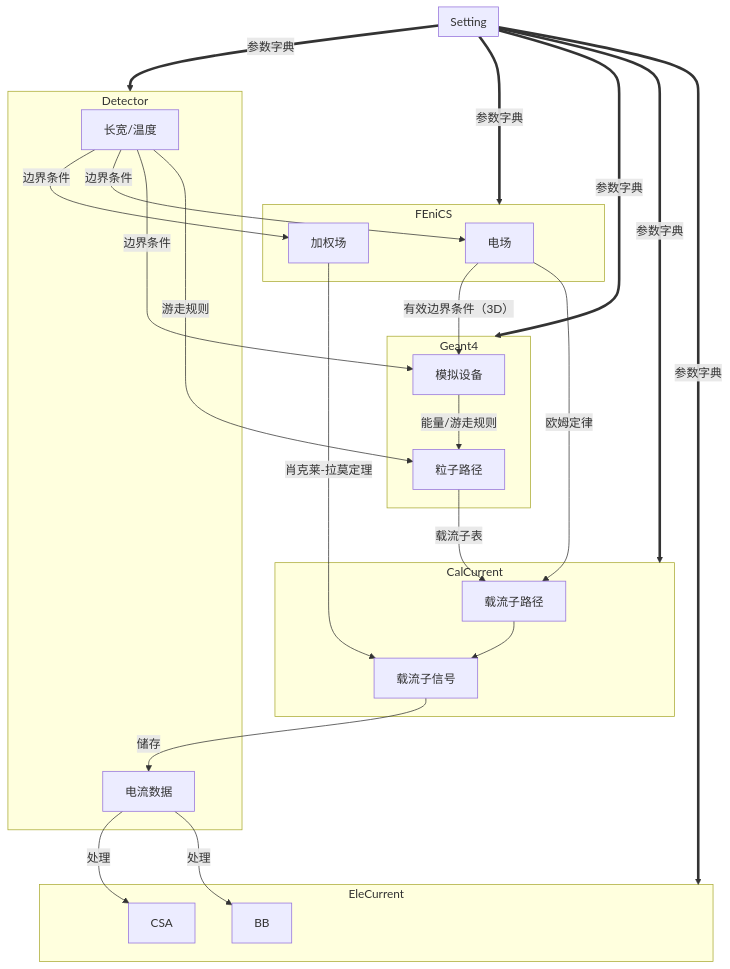
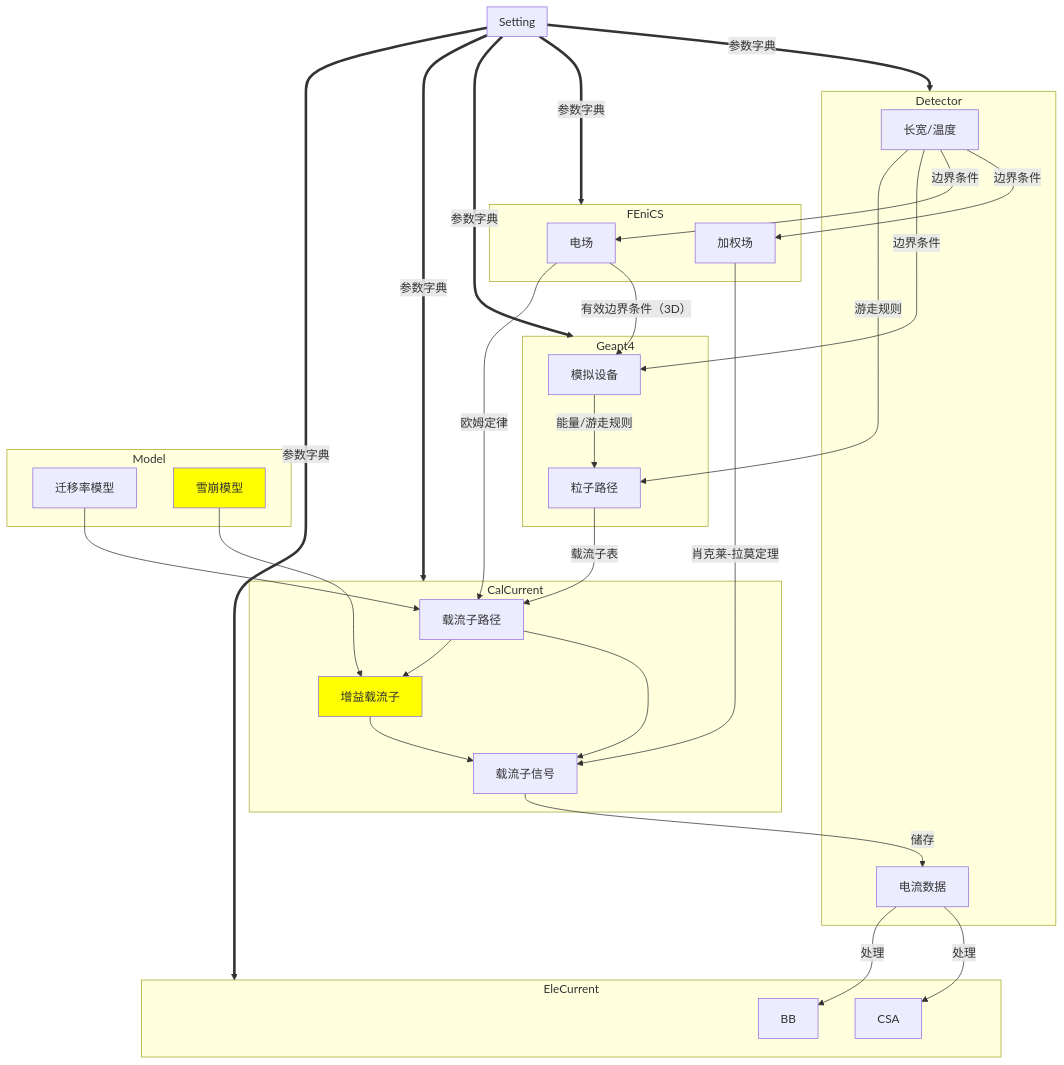
One commit to KaiboXie/raser changed the diagram in README.md. Above: the diagram before and after it, drawn with Mermaid. The commit also changed other lines of this file, not shown here.

````diff
--- a/README.md
+++ b/README.md
@@ -30,48 +30,62 @@
 ```mermaid
 flowchart TD
 
 Setting==参数字典==>Detector & FEniCS & Geant4 & CalCurrent & EleCurrent
 
 subgraph Setting
 end
 
 subgraph Detector
 长宽/温度 & 电流数据
 end
 
 subgraph FEniCS
 电场 & 加权场
 end
 
 subgraph Geant4
 模拟设备 & 粒子路径
 end
 
 subgraph CalCurrent
-载流子路径 & 载流子信号
+载流子路径 & 载流子信号 & 增益载流子
+style 增益载流子 fill:#ff0
+end
+
+subgraph Model
+迁移率模型 & 雪崩模型
+style 雪崩模型 fill:#ff0
 end
 
 subgraph EleCurrent
 CSA & BB
 end
 
 长宽/温度--边界条件-->加权场 & 电场 & 模拟设备
 
 长宽/温度--游走规则-->粒子路径
 
 电场--"有效边界条件（3D）"-->模拟设备
 
 模拟设备--能量/游走规则-->粒子路径
 
 粒子路径--载流子表-->载流子路径
 
 电场--欧姆定律-->载流子路径
 
+迁移率模型-->载流子路径
+
 载流子路径-->载流子信号
+
+载流子路径-->增益载流子
+
+雪崩模型-->增益载流子
+
+增益载流子-->载流子信号
 
 加权场--肖克莱-拉莫定理-->载流子信号
 
 载流子信号--储存-->电流数据
 
 电流数据--处理-->CSA & BB
 ```
````
